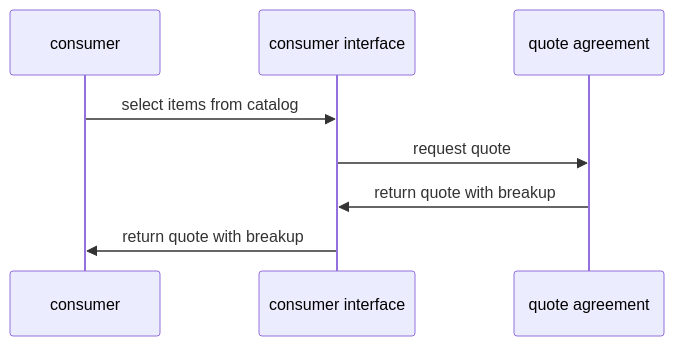
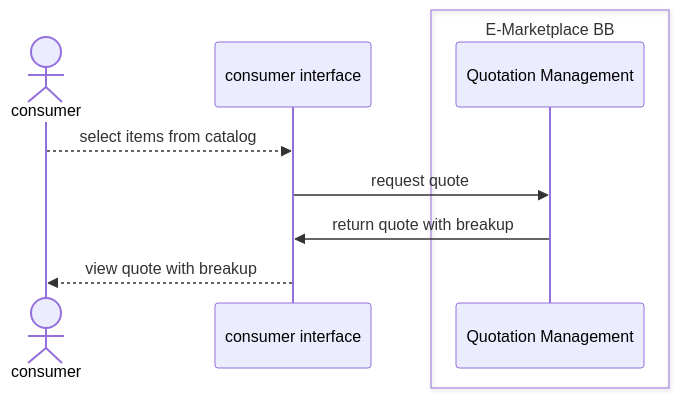
One commit to GovStackWorkingGroup/bb-emarketplace changed the second of 15 diagrams in spec/9-workflows.md. Above: the diagram before and after it, drawn with Mermaid. The commit also changed other lines of this file, not shown here.

Commit message:
GITBOOK-45: Update sequence diagram - Quotation Management

````diff
--- a/spec/9-workflows.md
+++ b/spec/9-workflows.md
@@ -61,7 +61,12 @@
 ```mermaid
 sequenceDiagram
-    consumer->>consumer interface: select items from catalog
-    consumer interface->>quote agreement:request quote
-    quote agreement->>consumer interface:return quote with breakup
-    consumer interface->>consumer: return quote with breakup
+    Actor consumer
+    participant consumer interface
+    box E-Marketplace BB
+    participant Quotation Management
+    end
+    consumer-->>consumer interface: select items from catalog
+    consumer interface->>Quotation Management:request quote
+    Quotation Management->>consumer interface:return quote with breakup
+    consumer interface-->>consumer: view quote with breakup
 ```
````
